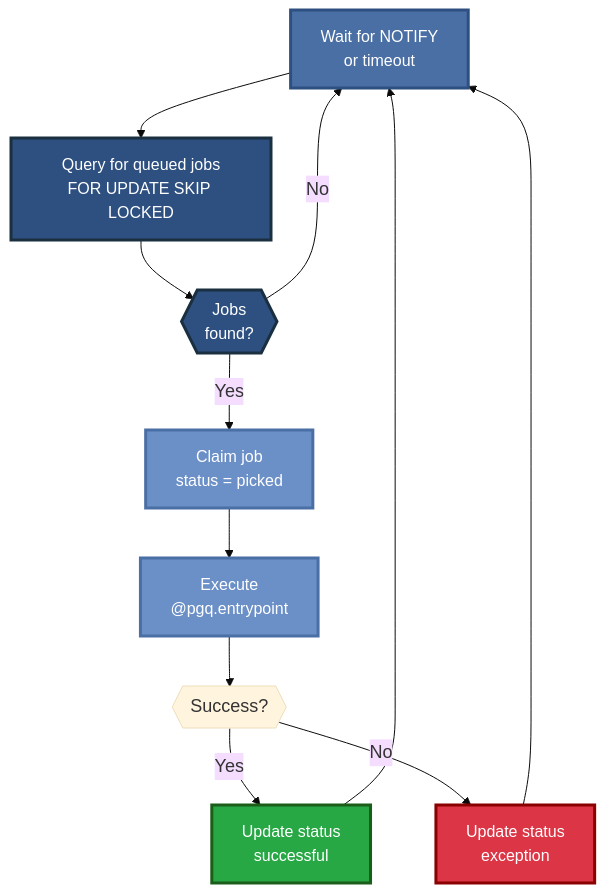
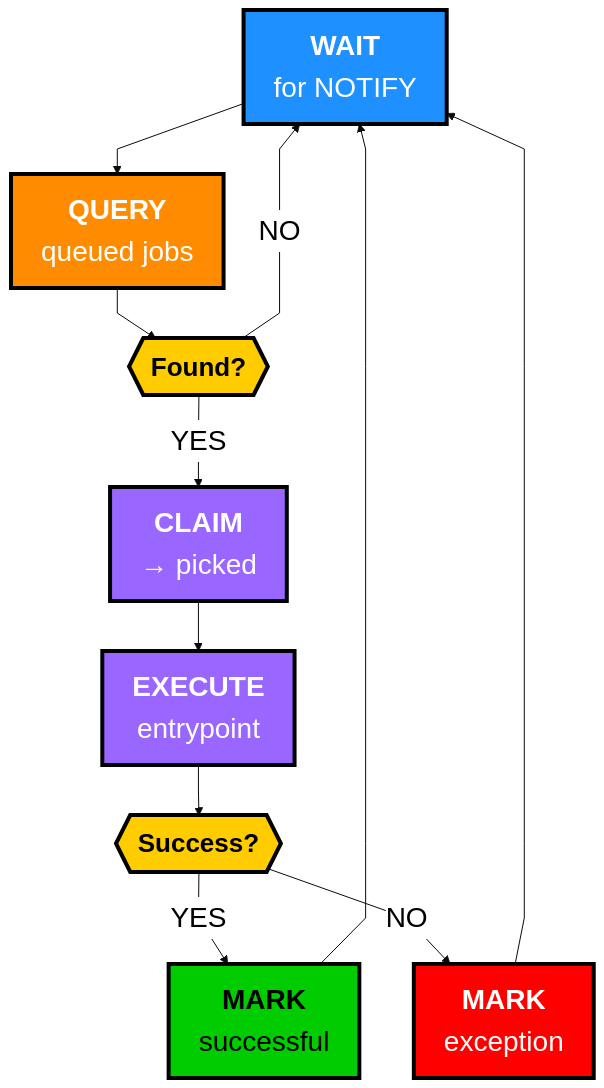
One commit to janbjorge/pgqueuer changed the second of 3 diagrams in docs/reference/architecture.md. Above: the diagram before and after it, drawn with Mermaid. The commit also changed other lines of this file and 2 other files, not shown here.

First line of the commit message:
docs: redesign diagrams with bold text and high-contrast colors

````diff
--- a/docs/reference/architecture.md
+++ b/docs/reference/architecture.md
@@ -36,35 +36,37 @@
 ```mermaid
-%%{init: {'flowchart': {'htmlLabels': true}, 'theme': 'base', 'themeVariables': {'fontSize': '18px', 'fontFamily': 'Inter, sans-serif'}}}%%
+%%{init: {'flowchart': {'htmlLabels': true, 'curve': 'linear'}, 'theme': 'base', 'themeVariables': {'primaryColor':'#fff', 'primaryTextColor':'#000', 'primaryBorderColor':'#000', 'fontSize': '28px', 'fontFamily': 'Arial, sans-serif'}}}%%
 flowchart TD
-    A["Wait for NOTIFY<br/>or timeout"]
-    B["Query for queued jobs<br/>FOR UPDATE SKIP LOCKED"]
-    C{{"Jobs<br/>found?"}}
-    D["Claim job<br/>status = picked"]
-    E["Execute<br/>@pgq.entrypoint"]
-    F{{"Success?"}}
-    G["Update status<br/>successful"]
-    H["Update status<br/>exception"]
+    A["<b style='font-size:28px'>WAIT</b><br/>for NOTIFY"]
+    B["<b style='font-size:28px'>QUERY</b><br/>queued jobs"]
+    C{{"<b style='font-size:26px'>Found?</b>"}}
+    D["<b style='font-size:28px'>CLAIM</b><br/>→ picked"]
+    E["<b style='font-size:28px'>EXECUTE</b><br/>entrypoint"]
+    F{{"<b style='font-size:26px'>Success?</b>"}}
+    G["<b style='font-size:28px'>MARK</b><br/>successful"]
+    H["<b style='font-size:28px'>MARK</b><br/>exception"]
 
     A --> B
     B --> C
-    C -->|"Yes"| D
-    C -->|"No"| A
+    C -->|"YES"| D
+    C -->|"NO"| A
     D --> E
     E --> F
-    F -->|"Yes"| G
-    F -->|"No"| H
+    F -->|"YES"| G
+    F -->|"NO"| H
     G --> A
     H --> A
 
-    classDef wait fill:#4A6FA5,stroke:#2E5080,color:#fff,stroke-width:3px,font-size:16px
-    classDef query fill:#2E5080,stroke:#1a2f40,color:#fff,stroke-width:3px,font-size:16px
-    classDef process fill:#6B8FC7,stroke:#4A6FA5,color:#fff,stroke-width:3px,font-size:16px
-    classDef success fill:#28a745,stroke:#1a5e1a,color:#fff,stroke-width:3px,font-size:16px
-    classDef error fill:#dc3545,stroke:#8b0000,color:#fff,stroke-width:3px,font-size:16px
+    classDef wait fill:#1e90ff,stroke:#000,stroke-width:4px,color:#fff
+    classDef query fill:#ff8c00,stroke:#000,stroke-width:4px,color:#fff
+    classDef process fill:#9966ff,stroke:#000,stroke-width:4px,color:#fff
+    classDef success fill:#00cc00,stroke:#000,stroke-width:4px,color:#000
+    classDef error fill:#ff0000,stroke:#000,stroke-width:4px,color:#fff
+    classDef decision fill:#ffcc00,stroke:#000,stroke-width:4px,color:#000
 
     class A wait
-    class B,C query
+    class B query
+    class C,F decision
     class D,E process
     class G success
     class H error
 ```
````
